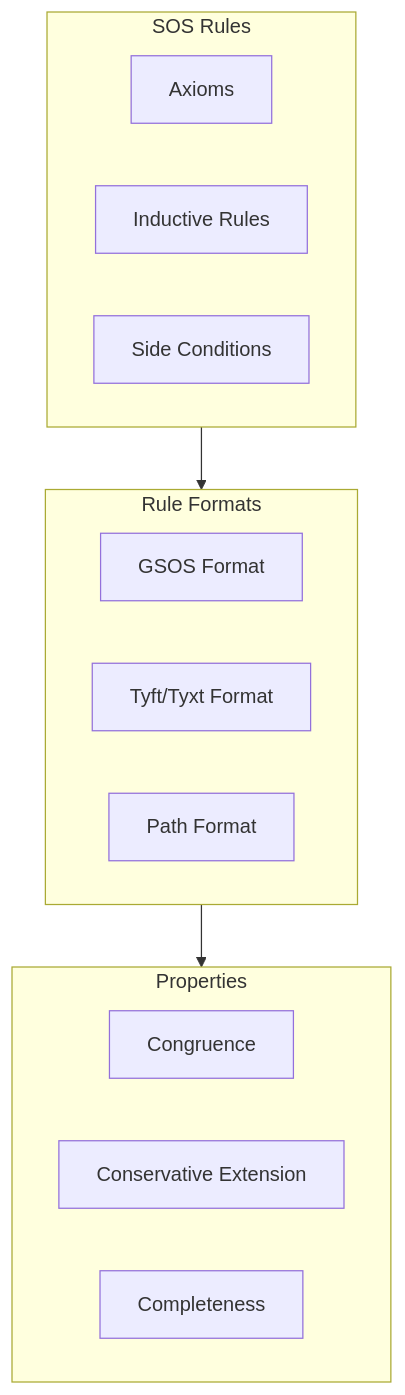
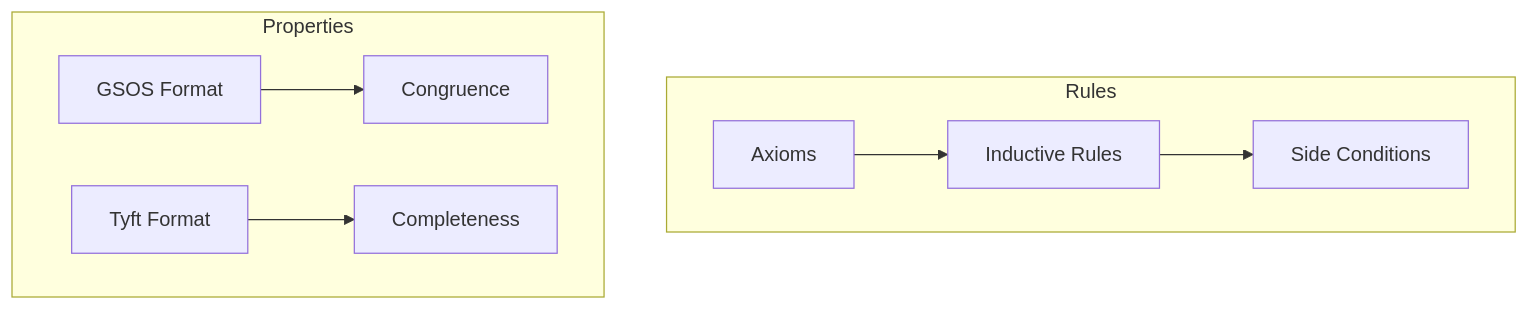
Before and after one commit to yshaaban/pa: the fourth of 9 diagrams in process-algebra-verifier/docs/theory.md, drawn with Mermaid. The commit also changed other lines of this file, not shown here.

First line of the commit message:
fix: improve theory.md mermaid diagrams rendering

````diff
--- a/process-algebra-verifier/docs/theory.md
+++ b/process-algebra-verifier/docs/theory.md
@@ -91,23 +92,20 @@
 ```mermaid
 graph TB
-    subgraph Rules[SOS Rules]
-        Axioms[Axioms]
-        Induct[Inductive Rules]
-        Side[Side Conditions]
+    Axioms[Axioms]
+    Induct[Inductive Rules]
+    Side[Side Conditions]
+    GSOS[GSOS Format]
+    TyFT[Tyft Format]
+    Congr[Congruence]
+    Complete[Completeness]
+
+    subgraph Rules
+        Axioms --> Induct
+        Induct --> Side
     end
 
-    subgraph Format[Rule Formats]
-        GSOS[GSOS Format]
-        TyFT[Tyft/Tyxt Format]
-        Path[Path Format]
+    subgraph Properties
+        GSOS --> Congr
+        TyFT --> Complete
     end
-
-    subgraph Props[Properties]
-        Congr[Congruence]
-        Conserv[Conservative Extension]
-        Complete[Completeness]
-    end
-
-    Rules --> Format
-    Format --> Props
 ```
````
